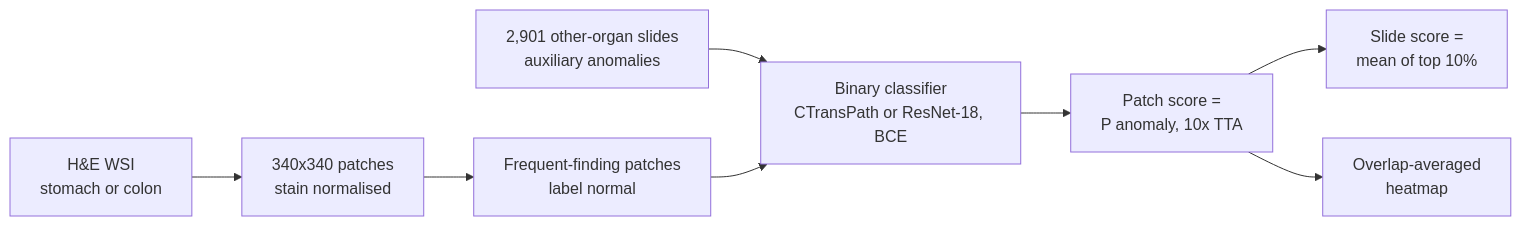
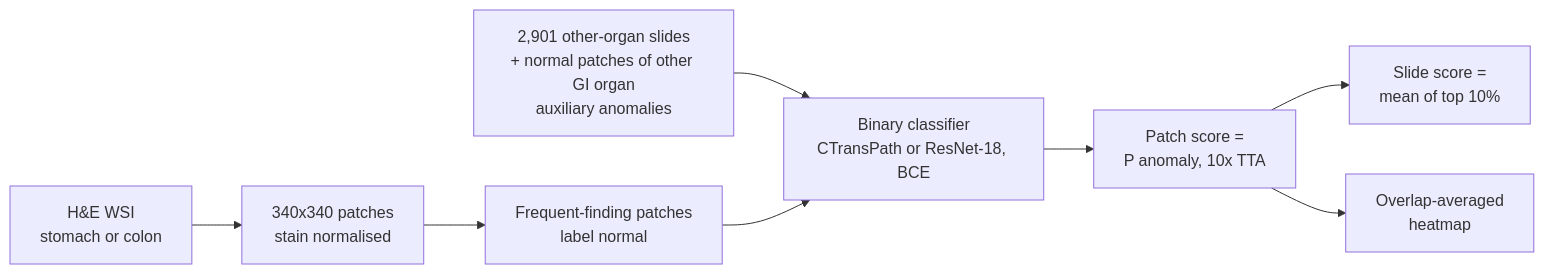
Before and after one commit to jasonjin34/Medical_reading_material: the diagram in docs/papers/histo-nejmai-2024/index.md, drawn with Mermaid. The commit also changed other lines of this file and 525 other files, not shown here.

````diff
--- a/docs/papers/histo-nejmai-2024/index.md
+++ b/docs/papers/histo-nejmai-2024/index.md
@@ -31,10 +31,10 @@
 ```mermaid
 flowchart LR
   A["H&E WSI<br/>stomach or colon"] --> B["340x340 patches<br/>stain normalised"]
   B --> C["Frequent-finding patches<br/>label normal"]
-  D["2,901 other-organ slides<br/>auxiliary anomalies"] --> E["Binary classifier<br/>CTransPath or ResNet-18, BCE"]
+  D["2,901 other-organ slides<br/>+ normal patches of other GI organ<br/>auxiliary anomalies"] --> E["Binary classifier<br/>CTransPath or ResNet-18, BCE"]
   C --> E
   E --> F["Patch score =<br/>P anomaly, 10x TTA"]
   F --> G["Slide score =<br/>mean of top 10%"]
   F --> H["Overlap-averaged<br/>heatmap"]
 ```
````
